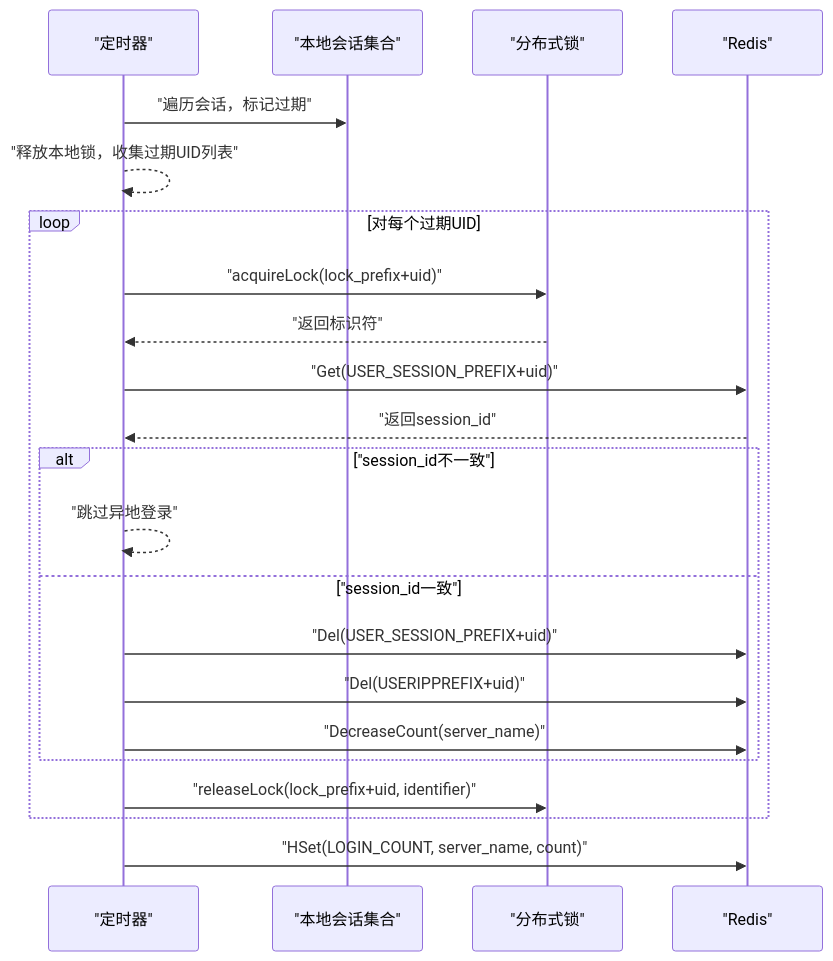
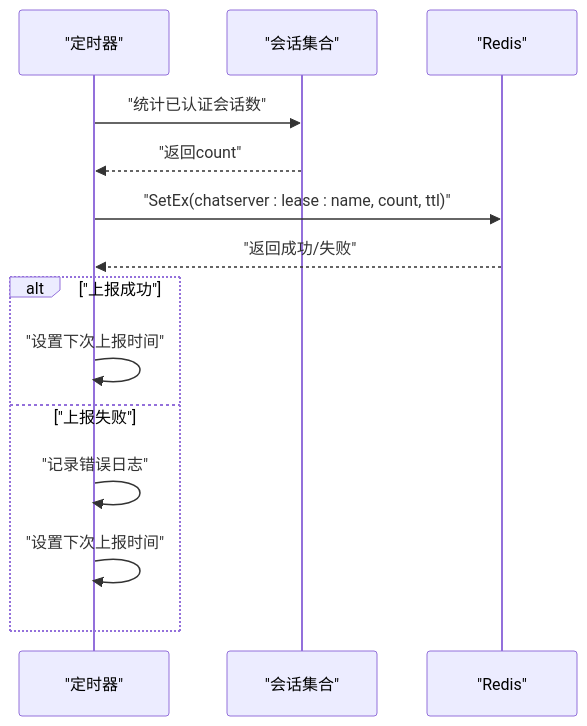
The fourth of 7 diagrams in .qoder/repowiki/zh/content/分布式系统/服务治理/服务注册与发现.md (echo9923/mychatter), drawn with Mermaid before and after one commit. The commit also changed other lines of this file and 107 other files, not shown here.

````diff
--- a/.qoder/repowiki/zh/content/分布式系统/服务治理/服务注册与发现.md
+++ b/.qoder/repowiki/zh/content/分布式系统/服务治理/服务注册与发现.md
@@ -214,24 +159,16 @@
 ```mermaid
 sequenceDiagram
 participant T as "定时器"
-participant L as "本地会话集合"
-participant D as "分布式锁"
+participant S as "会话集合"
 participant R as "Redis"
-T->>L : "遍历会话，标记过期"
-T-->>T : "释放本地锁，收集过期UID列表"
-loop 对每个过期UID
-T->>D : "acquireLock(lock_prefix+uid)"
-D-->>T : "返回标识符"
-T->>R : "Get(USER_SESSION_PREFIX+uid)"
-R-->>T : "返回session_id"
-alt "session_id不一致"
-T-->>T : "跳过异地登录"
-else "session_id一致"
-T->>R : "Del(USER_SESSION_PREFIX+uid)"
-T->>R : "Del(USERIPPREFIX+uid)"
-T->>R : "DecreaseCount(server_name)"
+T->>S : "统计已认证会话数"
+S-->>T : "返回count"
+T->>R : "SetEx(chatserver : lease : name, count, ttl)"
+R-->>T : "返回成功/失败"
+alt "上报成功"
+T->>T : "设置下次上报时间"
+else "上报失败"
+T->>T : "记录错误日志"
+T->>T : "设置下次上报时间"
 end
-T->>D : "releaseLock(lock_prefix+uid, identifier)"
-end
-T->>R : "HSet(LOGIN_COUNT, server_name, count)"
 ```
````
